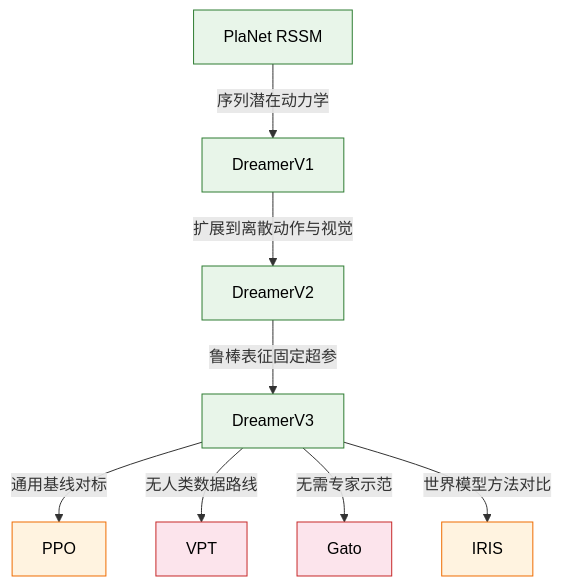
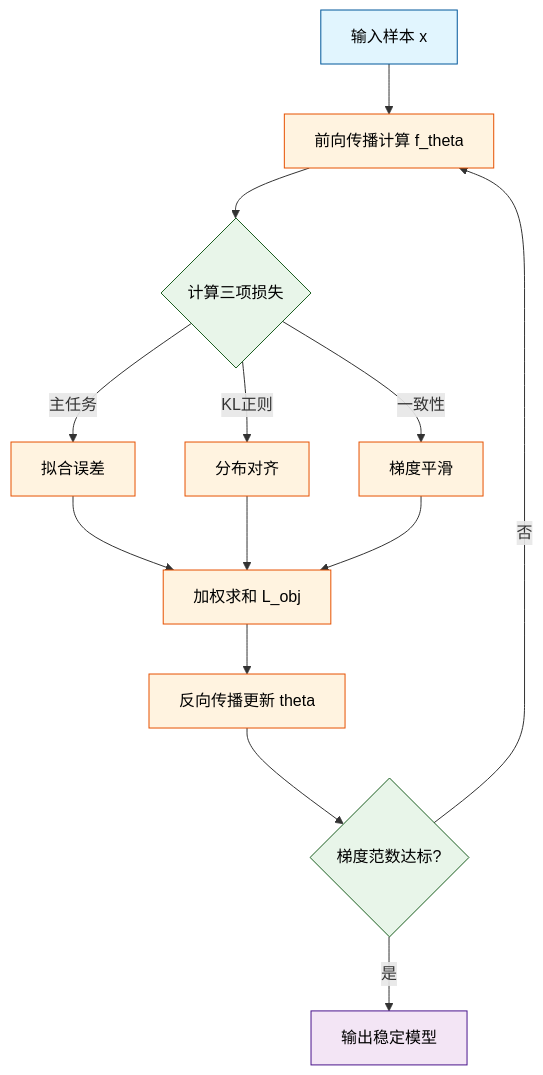
The fourth of 10 diagrams in person_vault/2026-06-08_MasteringDiverseDomainsThroughWorldModels_2301.04104/report.md (ShinewineW/paper-rolling), drawn with Mermaid before and after one commit. The commit also changed other lines of this file and 300 other files, not shown here.

````diff
--- a/person_vault/2026-06-08_MasteringDiverseDomainsThroughWorldModels_2301.04104/report.md
+++ b/person_vault/2026-06-08_MasteringDiverseDomainsThroughWorldModels_2301.04104/report.md
@@ -359,23 +170,20 @@
 ```mermaid
 flowchart TB
-    rssm["PlaNet RSSM"]:::predecessor
-    dv1["DreamerV1"]:::predecessor
-    dv2["DreamerV2"]:::predecessor
-    dv3["DreamerV3"]:::predecessor
-    ppo["PPO"]:::baseline
-    vpt["VPT"]:::competing
-    gato["Gato"]:::competing
-    iris["IRIS"]:::baseline
+    classDef data fill:#e1f5fe,stroke:#01579b,color:#000;
+    classDef process fill:#fff3e0,stroke:#e65100,color:#000;
+    classDef decision fill:#e8f5e9,stroke:#1b5e20,color:#000;
+    classDef output fill:#f3e5f5,stroke:#4a148c,color:#000;
 
-    rssm -- 序列潜在动力学 --> dv1
-    dv1 -- 扩展到离散动作与视觉 --> dv2
-    dv2 -- 鲁棒表征固定超参 --> dv3
-    dv3 -- 通用基线对标 --> ppo
-    dv3 -- 无人类数据路线 --> vpt
-    dv3 -- 无需专家示范 --> gato
-    dv3 -- 世界模型方法对比 --> iris
-
-    classDef predecessor fill:#e8f5e9,stroke:#2e7d32,color:#000
-    classDef baseline fill:#fff3e0,stroke:#ef6c00,color:#000
-    classDef competing fill:#fce4ec,stroke:#c62828,color:#000
+    input_sample["输入样本 x"]:::data --> forward_pass["前向传播计算 f_theta"]:::process
+    forward_pass --> compute_loss{计算三项损失}:::decision
+    compute_loss -->|主任务| task_term["拟合误差"]:::process
+    compute_loss -->|KL正则| kl_term["分布对齐"]:::process
+    compute_loss -->|一致性| cons_term["梯度平滑"]:::process
+    task_term --> weighted_sum["加权求和 L_obj"]:::process
+    kl_term --> weighted_sum
+    cons_term --> weighted_sum
+    weighted_sum --> backward["反向传播更新 theta"]:::process
+    backward --> convergence{梯度范数达标?}:::decision
+    convergence -->|否| forward_pass
+    convergence -->|是| final_model["输出稳定模型"]:::output
 ```
````
